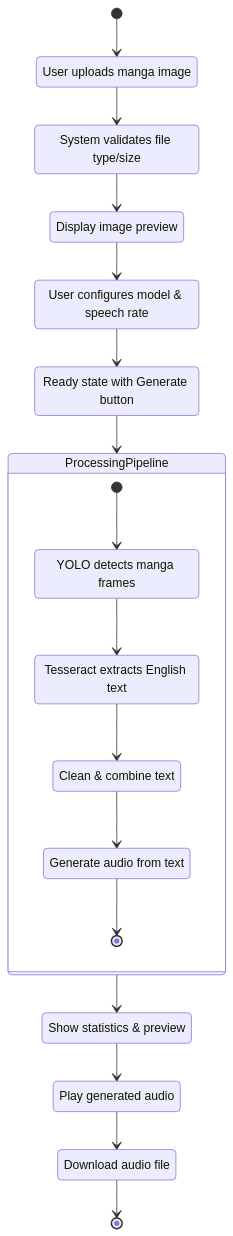
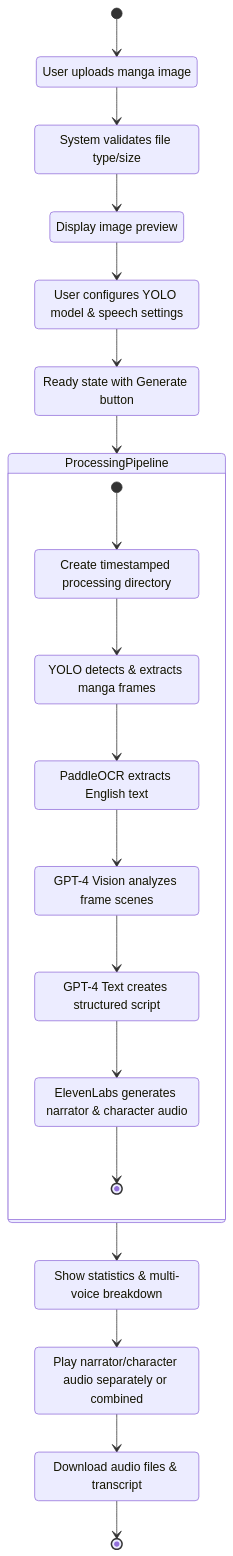
The fifth of 7 diagrams in architecture_diagram.md (iMrLopez/mangAI), drawn with Mermaid before and after one commit. The commit also changed other lines of this file and 11 other files, not shown here.

````diff
--- a/architecture_diagram.md
+++ b/architecture_diagram.md
@@ -178,35 +217,39 @@
 ```mermaid
 stateDiagram-v2
     [*] --> ImageUpload
     ImageUpload --> FileValidation
     FileValidation --> PreviewDisplay
     PreviewDisplay --> ConfigurationSettings
     ConfigurationSettings --> ReadyToProcess
     ReadyToProcess --> ProcessingPipeline
     
     state ProcessingPipeline {
-        [*] --> FrameDetection
+        [*] --> DirectoryCreation
+        DirectoryCreation --> FrameDetection
         FrameDetection --> OCRExtraction
-        OCRExtraction --> TextProcessing
-        TextProcessing --> TTSGeneration
-        TTSGeneration --> [*]
+        OCRExtraction --> LLMVisionAnalysis
+        LLMVisionAnalysis --> LLMNarrativeGeneration
+        LLMNarrativeGeneration --> MultiVoiceTTSGeneration
+        MultiVoiceTTSGeneration --> [*]
     }
     
     ProcessingPipeline --> ResultsDisplay
-    ResultsDisplay --> AudioPlayback
-    AudioPlayback --> FileDownload
+    ResultsDisplay --> MultiVoiceAudioPlayback
+    MultiVoiceAudioPlayback --> FileDownload
     FileDownload --> [*]
     
     ImageUpload : User uploads manga image
     FileValidation : System validates file type/size
     PreviewDisplay : Display image preview
-    ConfigurationSettings : User configures model & speech rate
+    ConfigurationSettings : User configures YOLO model & speech settings
     ReadyToProcess : Ready state with Generate button
-    FrameDetection : YOLO detects manga frames
-    OCRExtraction : Tesseract extracts English text
-    TextProcessing : Clean & combine text
-    TTSGeneration : Generate audio from text
-    ResultsDisplay : Show statistics & preview
-    AudioPlayback : Play generated audio
-    FileDownload : Download audio file
+    DirectoryCreation : Create timestamped processing directory
+    FrameDetection : YOLO detects & extracts manga frames
+    OCRExtraction : PaddleOCR extracts English text
+    LLMVisionAnalysis : GPT-4 Vision analyzes frame scenes
+    LLMNarrativeGeneration : GPT-4 Text creates structured script
+    MultiVoiceTTSGeneration : ElevenLabs generates narrator & character audio
+    ResultsDisplay : Show statistics & multi-voice breakdown
+    MultiVoiceAudioPlayback : Play narrator/character audio separately or combined
+    FileDownload : Download audio files & transcript
 ```
````
